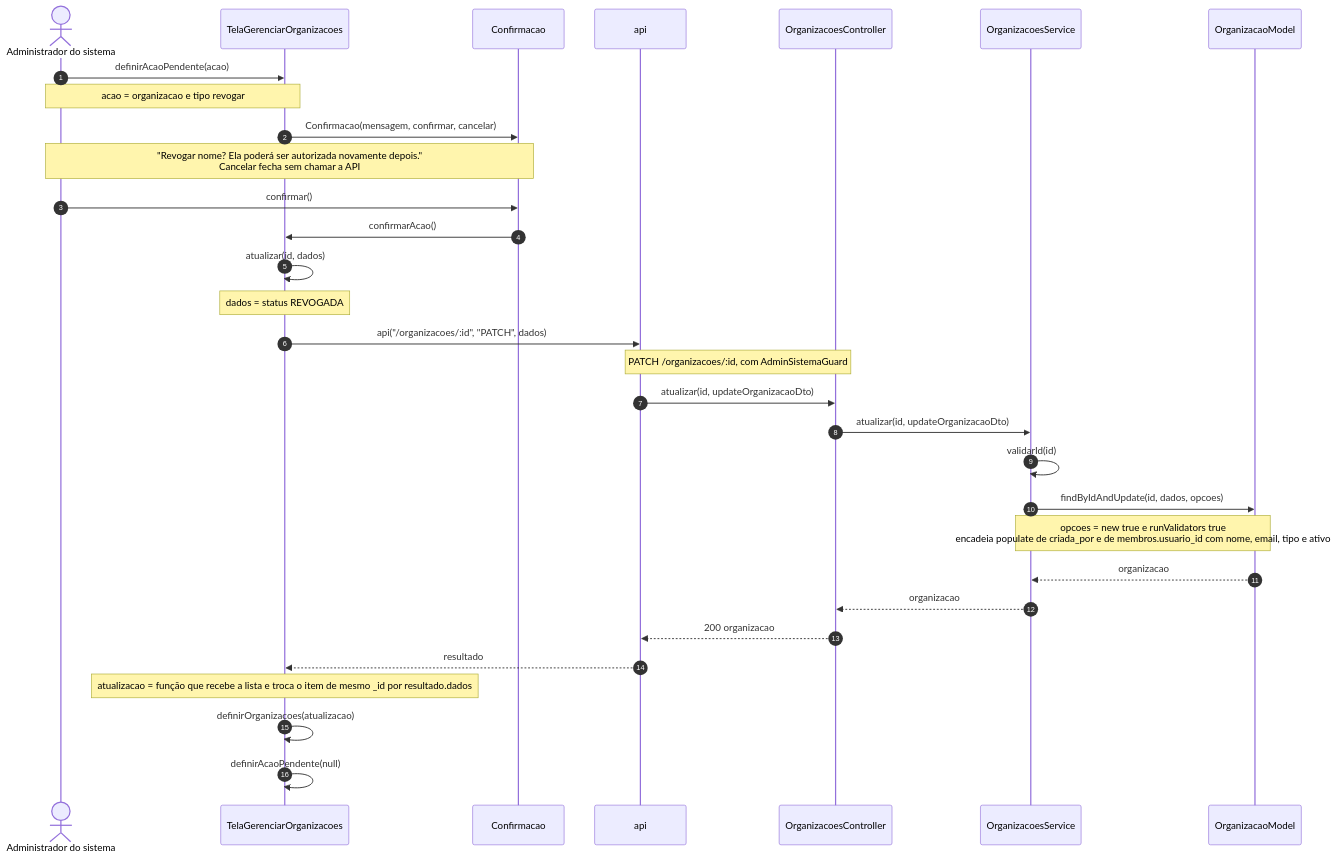
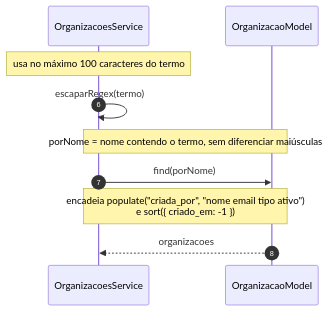
Before and after one commit to Conecta-IFSP/DOCUMENTATION: the ninth of 47 diagrams in 2 - Incremento 1/cadastro-organizacao/6 - diagramas-sequencia-cadastro-organizacao.md, drawn with Mermaid. The commit also changed other lines of this file and 5 other files, not shown here.

Commit message:
Divide os diagramas de sequência dos incrementos 1 e 2 em partes legíveis

````diff
--- a/2 - Incremento 1/cadastro-organizacao/6 - diagramas-sequencia-cadastro-organizacao.md
+++ b/2 - Incremento 1/cadastro-organizacao/6 - diagramas-sequencia-cadastro-organizacao.md
@@ -158,33 +212,12 @@
 ```mermaid
 sequenceDiagram
-    autonumber
-    actor U as Administrador do sistema
-    participant T as TelaGerenciarOrganizacoes
-    participant D as Confirmacao
-    participant A as api
-    participant C as OrganizacoesController
+    autonumber 6
     participant S as OrganizacoesService
     participant M as OrganizacaoModel
-    U->>T: definirAcaoPendente(acao)
-    Note over U,T: acao = organizacao e tipo revogar
-    T->>D: Confirmacao(mensagem, confirmar, cancelar)
-    Note over U,D: "Revogar nome? Ela poderá ser autorizada novamente depois."<br/>Cancelar fecha sem chamar a API
-    U->>D: confirmar()
-    D->>T: confirmarAcao()
-    T->>T: atualizar(id, dados)
-    Note over T: dados = status REVOGADA
-    T->>A: api("/organizacoes/:id", "PATCH", dados)
-    Note over A,C: PATCH /organizacoes/:id, com AdminSistemaGuard
-    A->>C: atualizar(id, updateOrganizacaoDto)
-    C->>S: atualizar(id, updateOrganizacaoDto)
-    S->>S: validarId(id)
-    S->>M: findByIdAndUpdate(id, dados, opcoes)
-    Note over S,M: opcoes = new true e runValidators true<br/>encadeia populate de criada_por e de membros.usuario_id com nome, email, tipo e ativo
-    M-->>S: organizacao
-    S-->>C: organizacao
-    C-->>A: 200 organizacao
-    A-->>T: resultado
-    Note over T: atualizacao = função que recebe a lista e troca o item de mesmo _id por resultado.dados
-    T->>T: definirOrganizacoes(atualizacao)
-    T->>T: definirAcaoPendente(null)
+    Note over S: usa no máximo 100 caracteres do termo
+    S->>S: escaparRegex(termo)
+    Note over S,M: porNome = nome contendo o termo, sem diferenciar maiúsculas
+    S->>M: find(porNome)
+    Note over S,M: encadeia populate("criada_por", "nome email tipo ativo")<br/>e sort({ criado_em: -1 })
+    M-->>S: organizacoes
 ```
````
